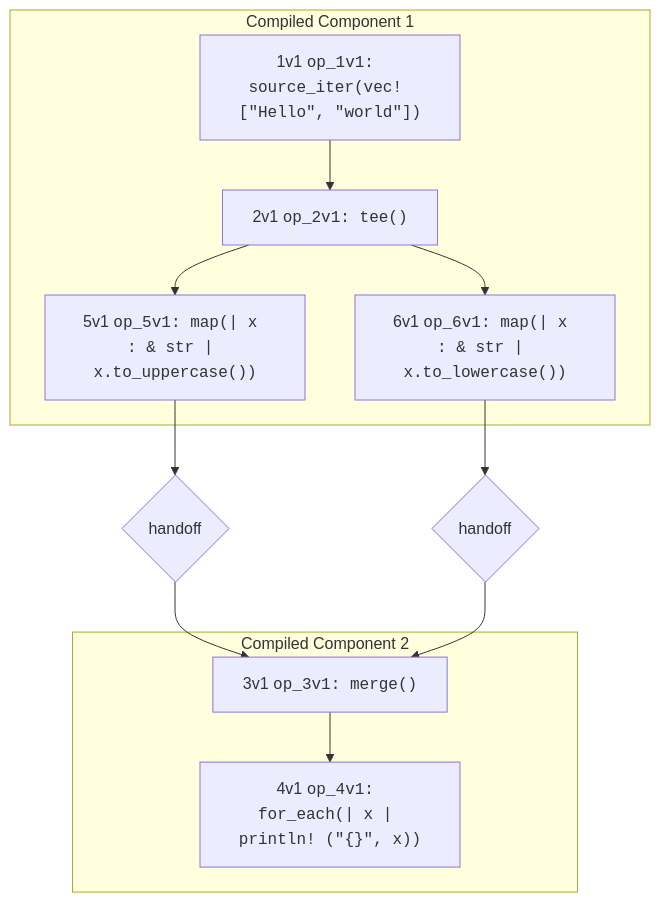
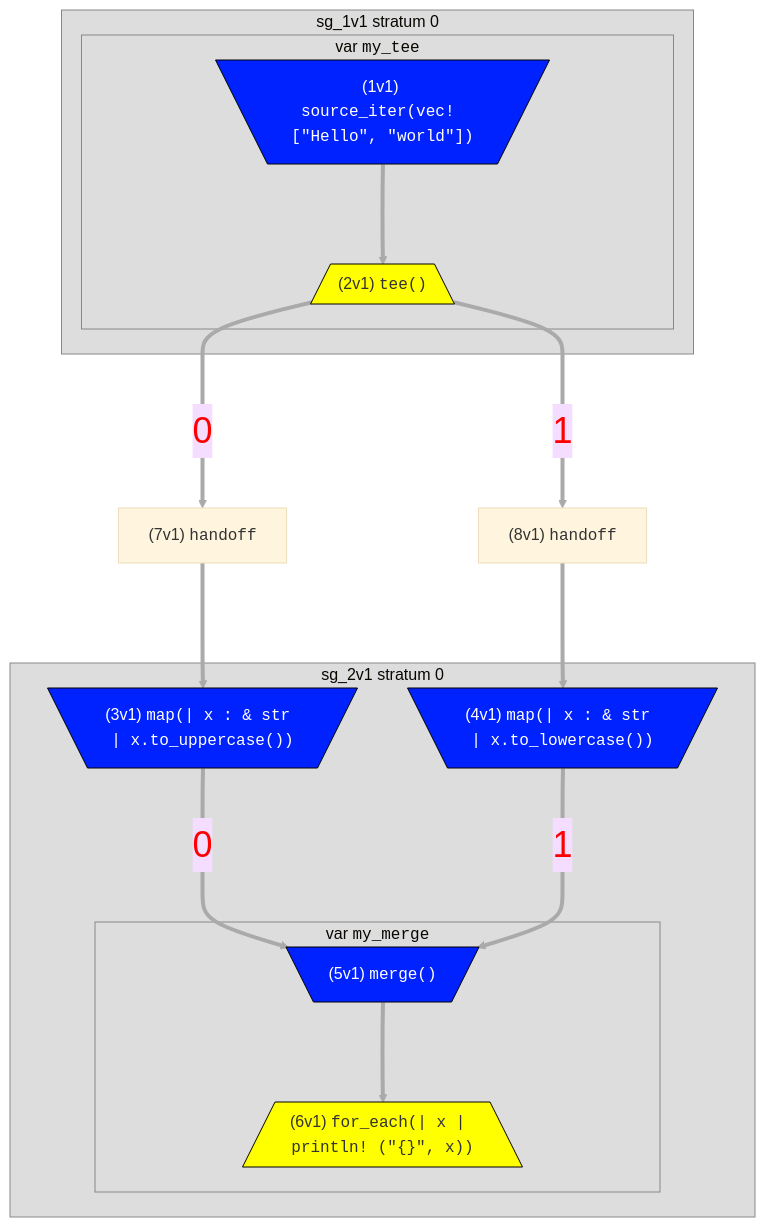
Before and after one commit to nickjiang2378/hydroflow: the diagram in book/surface_flows.md, drawn with Mermaid. The commit also changed other lines of this file and 6 other files, not shown here.

````diff
--- a/book/surface_flows.md
+++ b/book/surface_flows.md
@@ -35,25 +39,35 @@
 ```mermaid
-flowchart TB
-    subgraph Compiled Component 2
-        3v1["3v1 <tt>op_3v1: merge()</tt>"]
-        4v1["4v1 <tt>op_4v1: for_each(| x | println! (&quot;{}&quot;, x))</tt>"]
+%%{init:{'theme':'base','themeVariables':{'clusterBkg':'#ddd','clusterBorder':'#888'}}}%%
+flowchart TD
+classDef pullClass fill:#02f,color:#fff,stroke:#000
+classDef pushClass fill:#ff0,stroke:#000
+linkStyle default stroke:#aaa,stroke-width:4px,color:red,font-size:1.5em;
+subgraph sg_1v1 ["sg_1v1 stratum 0"]
+    1v1[\"(1v1) <tt>source_iter(vec! [&quot;Hello&quot;, &quot;world&quot;])</tt>"/]:::pullClass
+    2v1[/"(2v1) <tt>tee()</tt>"\]:::pushClass
+    1v1--->2v1
+    subgraph sg_1v1_var_my_tee ["var <tt>my_tee</tt>"]
+        1v1
+        2v1
     end
-    subgraph Compiled Component 1
-        1v1["1v1 <tt>op_1v1: source_iter(vec! [&quot;Hello&quot;, &quot;world&quot;])</tt>"]
-        2v1["2v1 <tt>op_2v1: tee()</tt>"]
-        5v1["5v1 <tt>op_5v1: map(| x : &amp; str | x.to_uppercase())</tt>"]
-        6v1["6v1 <tt>op_6v1: map(| x : &amp; str | x.to_lowercase())</tt>"]
+end
+subgraph sg_2v1 ["sg_2v1 stratum 0"]
+    3v1[\"(3v1) <tt>map(| x : &amp; str | x.to_uppercase())</tt>"/]:::pullClass
+    4v1[\"(4v1) <tt>map(| x : &amp; str | x.to_lowercase())</tt>"/]:::pullClass
+    5v1[\"(5v1) <tt>merge()</tt>"/]:::pullClass
+    6v1[/"(6v1) <tt>for_each(| x | println! (&quot;{}&quot;, x))</tt>"\]:::pushClass
+    3v1--0--->5v1
+    4v1--1--->5v1
+    5v1--->6v1
+    subgraph sg_2v1_var_my_merge ["var <tt>my_merge</tt>"]
+        5v1
+        6v1
     end
-
-    7v1{"handoff"}
-    8v1{"handoff"}
-
-    1v1-->2v1
-    2v1-->5v1
-    2v1-->6v1
-    3v1-->4v1
-    5v1-->7v1
-    6v1-->8v1
-    7v1-->3v1
-    8v1-->3v1
+end
+2v1--0--->7v1
+2v1--1--->8v1
+7v1["(7v1) <tt>handoff</tt>"]:::otherClass
+7v1--->3v1
+8v1["(8v1) <tt>handoff</tt>"]:::otherClass
+8v1--->4v1
 ```
````
